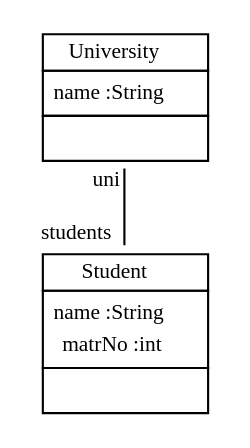
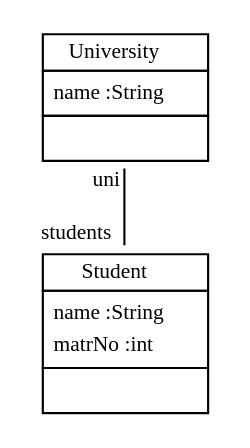
Before and after one commit to fujaba/SDMLib: the diagram in doc/StudyRightClasses03.dot, drawn with Graphviz. The commit also changed 35 other files, not shown here.

```diff
--- a/doc/StudyRightClasses03.dot
+++ b/doc/StudyRightClasses03.dot
@@ -1,13 +1,13 @@
 
  graph ClassDiagram {
     node [shape = none, fontsize = 10]; 
     edge [fontsize = 10];
     
     
-    University [label=<<table border='0' cellborder='1' cellspacing='0'> <tr> <td>University</td> </tr> <tr><td><table border='0' cellborder='0' cellspacing='0'> <tr><td>name :String</td></tr>  </table></td></tr> <tr><td><table border='0' cellborder='0' cellspacing='0'> <tr><td> </td></tr> </table></td></tr> </table>>];
-    Student [label=<<table border='0' cellborder='1' cellspacing='0'> <tr> <td>Student</td> </tr> <tr><td><table border='0' cellborder='0' cellspacing='0'> <tr><td>name :String</td></tr> <tr><td>matrNo :int</td></tr>  </table></td></tr> <tr><td><table border='0' cellborder='0' cellspacing='0'> <tr><td> </td></tr> </table></td></tr> </table>>];
+    University [label=<<table border='0' cellborder='1' cellspacing='0'> <tr> <td>University</td> </tr> <tr><td><table border='0' cellborder='0' cellspacing='0'> <tr><td align='left'>name :String</td></tr>  </table></td></tr> <tr><td><table border='0' cellborder='0' cellspacing='0'> <tr><td> </td></tr> </table></td></tr> </table>>];
+    Student [label=<<table border='0' cellborder='1' cellspacing='0'> <tr> <td>Student</td> </tr> <tr><td><table border='0' cellborder='0' cellspacing='0'> <tr><td align='left'>name :String</td></tr> <tr><td align='left'>matrNo :int</td></tr>  </table></td></tr> <tr><td><table border='0' cellborder='0' cellspacing='0'> <tr><td> </td></tr> </table></td></tr> </table>>];
     
     
     
     University -- Student [headlabel = "students" taillabel = "uni"];
 }
```
